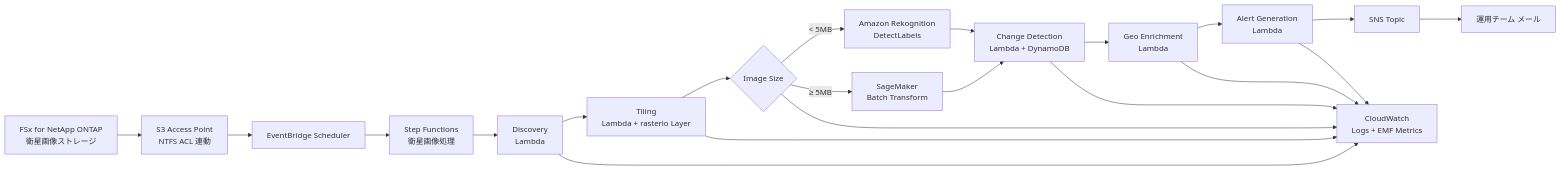
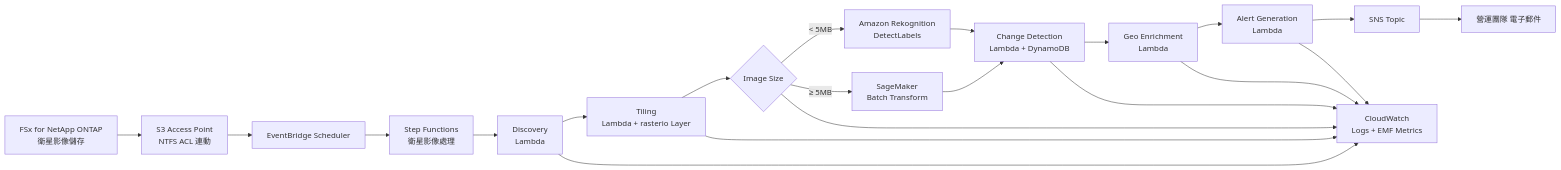
The diagram in defense-satellite/docs/architecture.zh-TW.md (Yoshiki0705/FSx-for-ONTAP-S3AccessPoints-Serverless-Patterns), drawn with Mermaid before and after one commit. The commit also changed other lines of this file and 13 other files, not shown here.

````diff
--- a/defense-satellite/docs/architecture.zh-TW.md
+++ b/defense-satellite/docs/architecture.zh-TW.md
@@ -15,18 +15,18 @@
 ```mermaid
 graph LR
-    FSx[FSx for NetApp ONTAP<br/>衛星画像ストレージ] --> S3AP[S3 Access Point<br/>NTFS ACL 連動]
+    FSx[FSx for NetApp ONTAP<br/>衛星影像儲存] --> S3AP[S3 Access Point<br/>NTFS ACL 連動]
     S3AP --> EB[EventBridge Scheduler]
-    EB --> SFN[Step Functions<br/>衛星画像処理]
+    EB --> SFN[Step Functions<br/>衛星影像處理]
     SFN --> L1[Discovery<br/>Lambda]
     L1 --> L2[Tiling<br/>Lambda + rasterio Layer]
     L2 --> L3{Image Size}
     L3 -->|< 5MB| Rek[Amazon Rekognition<br/>DetectLabels]
     L3 -->|≥ 5MB| SM[SageMaker<br/>Batch Transform]
     Rek --> L4[Change Detection<br/>Lambda + DynamoDB]
     SM --> L4
     L4 --> L5[Geo Enrichment<br/>Lambda]
     L5 --> L6[Alert Generation<br/>Lambda]
     L6 --> SNS[SNS Topic]
-    SNS --> Mail[運用チーム メール]
+    SNS --> Mail[營運團隊 電子郵件]
     L1 & L2 & L3 & L4 & L5 & L6 --> CW[CloudWatch<br/>Logs + EMF Metrics]
 ```
````
